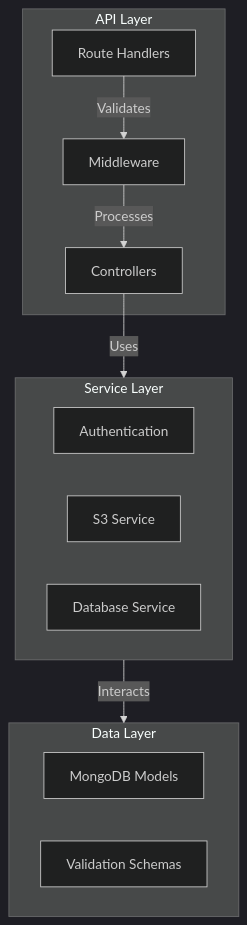
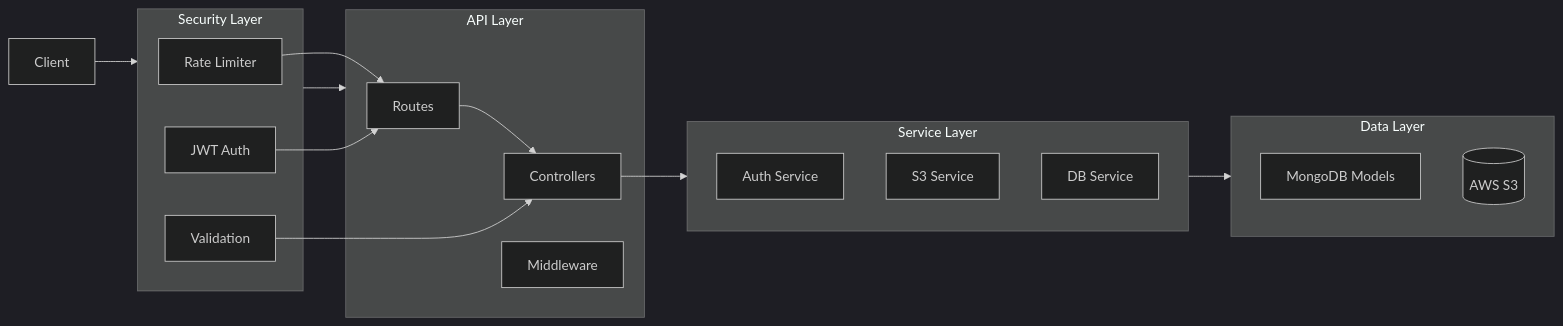
The diagram in backend/README.md (El-Omar/portfolio-v3), drawn with Mermaid (dark theme) before and after one commit. The commit also changed other lines of this file, not shown here.

Commit message:
Updating backend README

````diff
--- a/backend/README.md
+++ b/backend/README.md
@@ -7,24 +7,37 @@
 ```mermaid
-graph TB
+graph LR
+    subgraph Security["Security Layer"]
+        Rate[Rate Limiter]
+        JWT[JWT Auth]
+        Valid[Validation]
+    end
+
     subgraph API["API Layer"]
-        Routes[Route Handlers]
+        Routes[Routes]
         Controllers[Controllers]
         Middleware[Middleware]
     end
 
     subgraph Services["Service Layer"]
-        Auth[Authentication]
+        Auth[Auth Service]
         Storage[S3 Service]
-        DB[Database Service]
+        DB[DB Service]
     end
 
     subgraph Data["Data Layer"]
         Models[MongoDB Models]
-        Schemas[Validation Schemas]
+        S3[(AWS S3)]
     end
 
-    Routes --> |Validates| Middleware
-    Middleware --> |Processes| Controllers
-    Controllers --> |Uses| Services
-    Services --> |Interacts| Data
+    Client[Client] --> Security
+    Security --> API
+    
+    Routes --> Controllers
+    Controllers --> Services
+    
+    Services --> Data
+    
+    Rate --> Routes
+    JWT --> Routes
+    Valid --> Controllers
 ```
````
